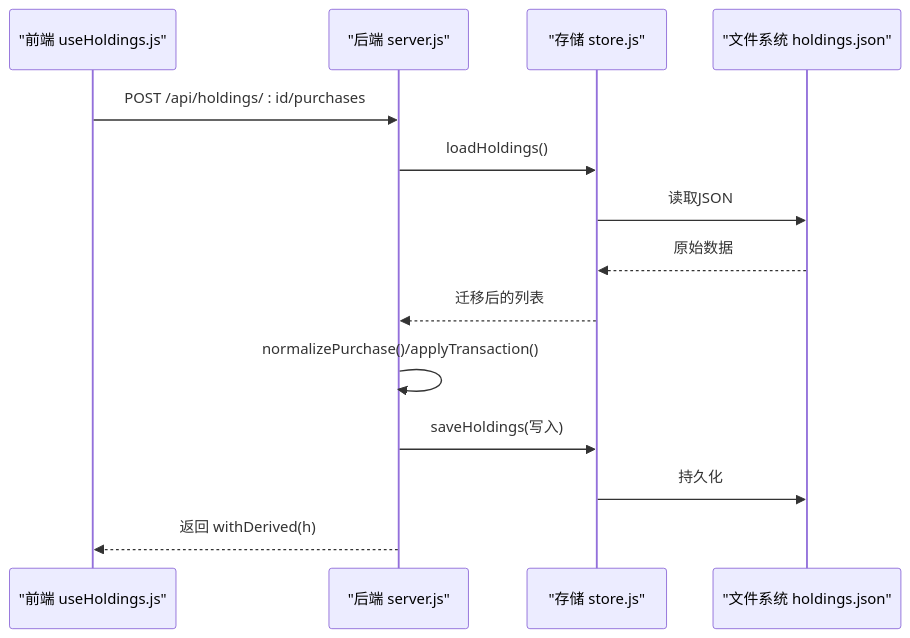
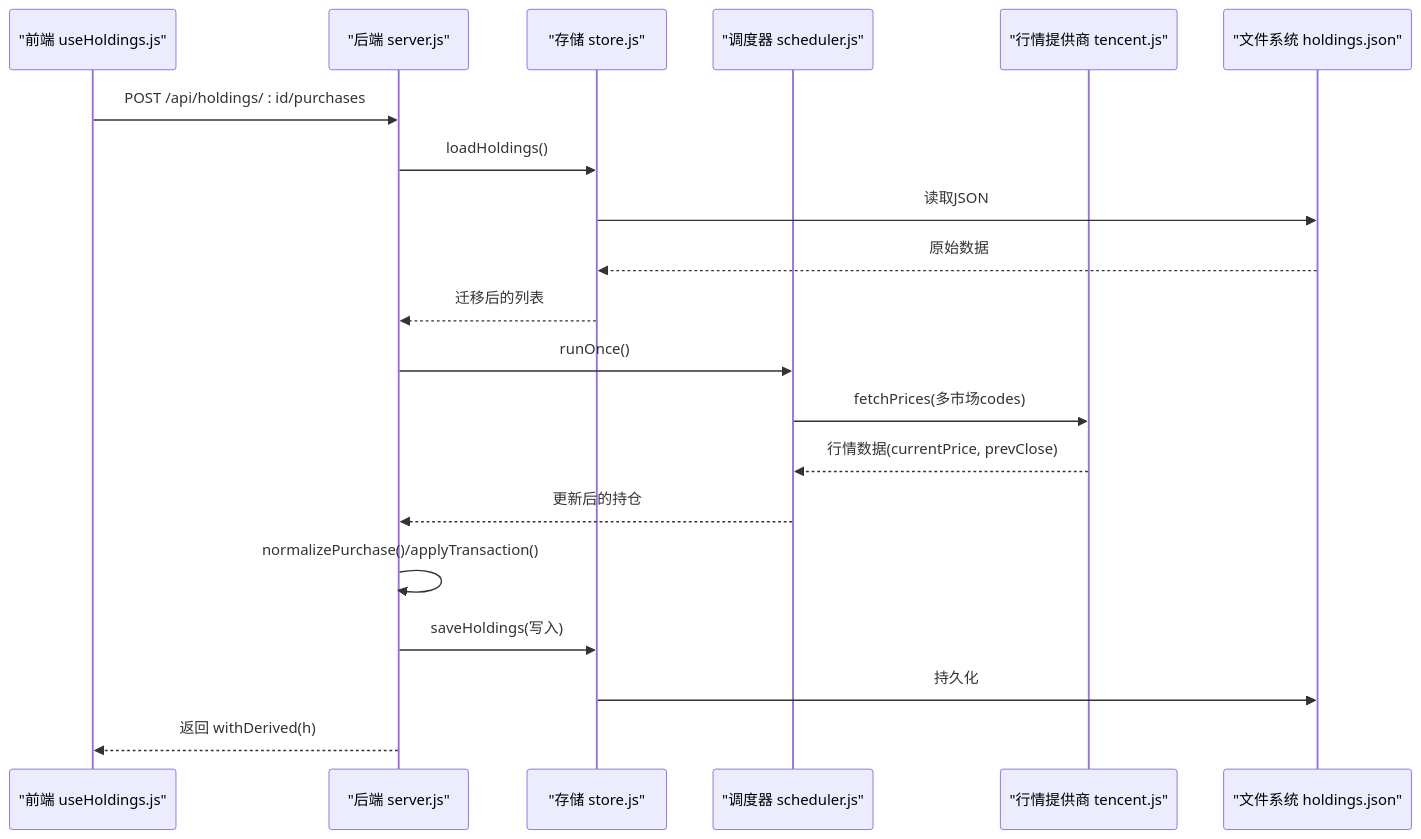
One commit to salenju/stock-advisor changed the second of 11 diagrams in .qoder/repowiki/zh/content/数据存储/数据模型设计.md. Above: the diagram before and after it, drawn with Mermaid. The commit also changed other lines of this file and 5 other files, not shown here.

````diff
--- a/.qoder/repowiki/zh/content/数据存储/数据模型设计.md
+++ b/.qoder/repowiki/zh/content/数据存储/数据模型设计.md
@@ -90,16 +109,22 @@
 ```mermaid
 sequenceDiagram
 participant FE as "前端 useHoldings.js"
 participant API as "后端 server.js"
 participant ST as "存储 store.js"
+participant SCH as "调度器 scheduler.js"
+participant PRV as "行情提供商 tencent.js"
 participant FS as "文件系统 holdings.json"
 FE->>API : POST /api/holdings/ : id/purchases
 API->>ST : loadHoldings()
 ST->>FS : 读取JSON
 FS-->>ST : 原始数据
 ST-->>API : 迁移后的列表
+API->>SCH : runOnce()
+SCH->>PRV : fetchPrices(多市场codes)
+PRV-->>SCH : 行情数据(currentPrice, prevClose)
+SCH-->>API : 更新后的持仓
 API->>API : normalizePurchase()/applyTransaction()
 API->>ST : saveHoldings(写入)
 ST->>FS : 持久化
 API-->>FE : 返回 withDerived(h)
 ```
````
